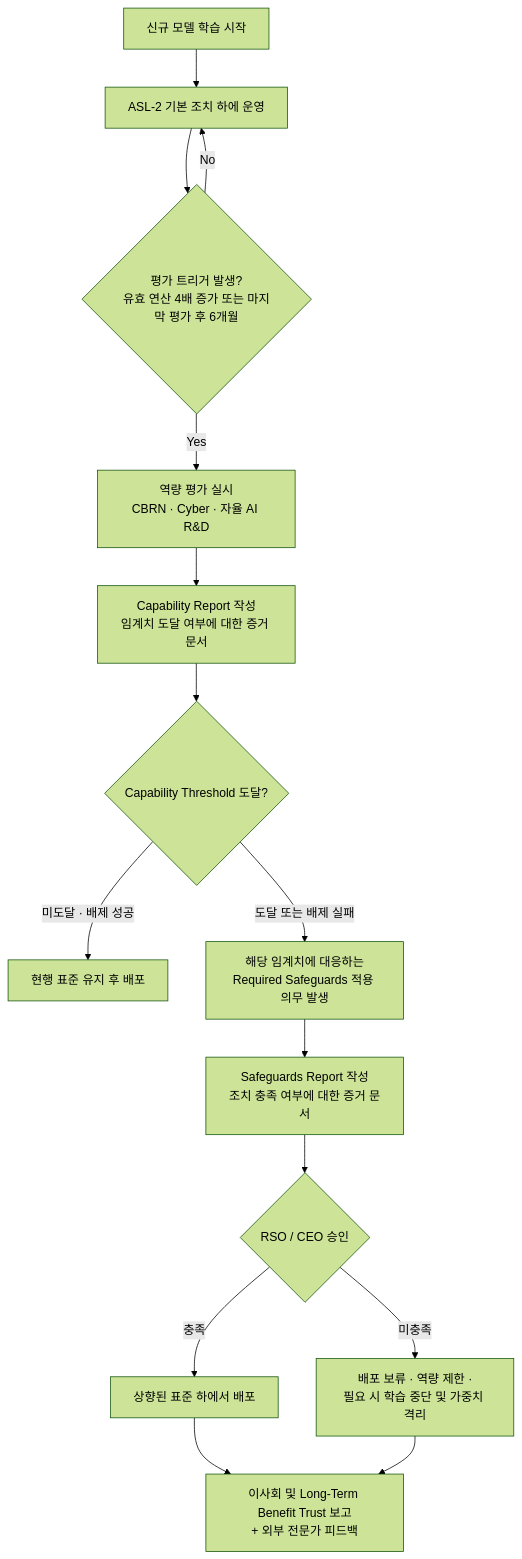
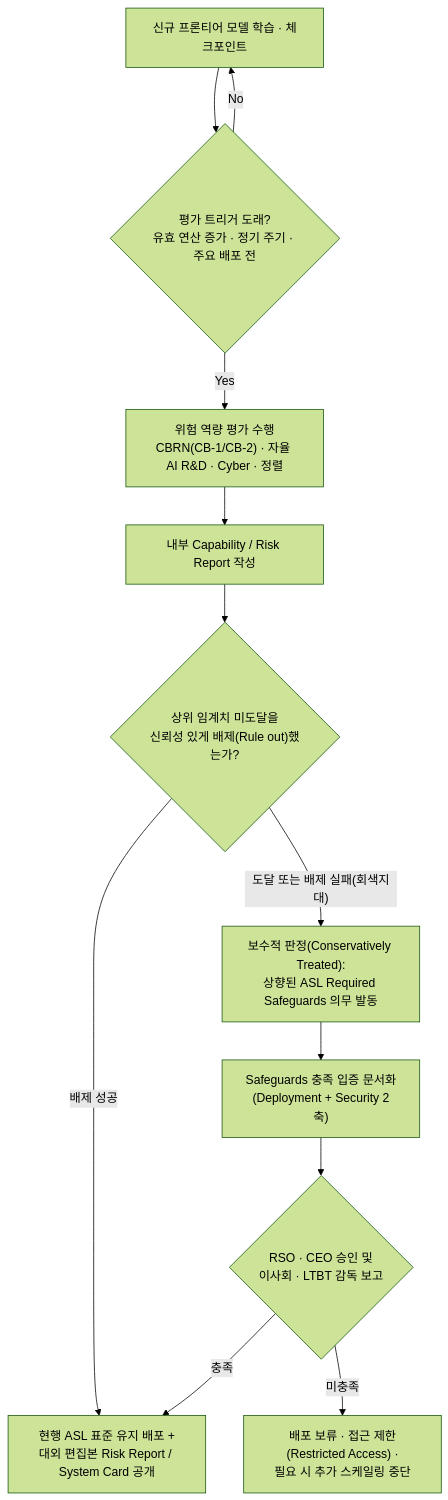
Before and after one commit to likerberi/corpuse: the first of 2 diagrams in reviews/week-02/review_week02.md, drawn with Mermaid (forest theme). The commit also changed other lines of this file and 11 other files, not shown here.

````diff
--- a/reviews/week-02/review_week02.md
+++ b/reviews/week-02/review_week02.md
@@ -46,17 +49,14 @@
 ```mermaid
 flowchart TD
-    A["신규 모델 학습 시작"] --> B["ASL-2 기본 조치 하에 운영"]
-    B --> C{"평가 트리거 발생?<br/>유효 연산 4배 증가 또는 마지막 평가 후 6개월"}
-    C -- No --> B
-    C -- Yes --> D["역량 평가 실시<br/>CBRN · Cyber · 자율 AI R&D"]
-    D --> E["Capability Report 작성<br/>임계치 도달 여부에 대한 증거 문서"]
-    E --> F{"Capability Threshold 도달?"}
-    F -- "미도달 · 배제 성공" --> G["현행 표준 유지 후 배포"]
-    F -- "도달 또는 배제 실패" --> H["해당 임계치에 대응하는<br/>Required Safeguards 적용 의무 발생"]
-    H --> I["Safeguards Report 작성<br/>조치 충족 여부에 대한 증거 문서"]
-    I --> J{"RSO / CEO 승인"}
-    J -- "충족" --> K["상향된 표준 하에서 배포"]
-    J -- "미충족" --> L["배포 보류 · 역량 제한 ·<br/>필요 시 학습 중단 및 가중치 격리"]
-    K --> M["이사회 및 Long-Term Benefit Trust 보고<br/>+ 외부 전문가 피드백"]
-    L --> M
+    A["신규 프론티어 모델 학습 · 체크포인트"] --> B{"평가 트리거 도래?<br/>유효 연산 증가 · 정기 주기 · 주요 배포 전"}
+    B -- No --> A
+    B -- Yes --> C["위험 역량 평가 수행<br/>CBRN(CB-1/CB-2) · 자율 AI R&D · Cyber · 정렬"]
+    C --> D["내부 Capability / Risk Report 작성"]
+    D --> E{"상위 임계치 미도달을<br/>신뢰성 있게 배제(Rule out)했는가?"}
+    E -- "배제 성공" --> F["현행 ASL 표준 유지 배포 +<br/>대외 편집본 Risk Report / System Card 공개"]
+    E -- "도달 또는 배제 실패(회색지대)" --> G["보수적 판정(Conservatively Treated):<br/>상향된 ASL Required Safeguards 의무 발동"]
+    G --> H["Safeguards 충족 입증 문서화<br/>(Deployment + Security 2축)"]
+    H --> I{"RSO · CEO 승인 및<br/>이사회 · LTBT 감독 보고"}
+    I -- "충족" --> F
+    I -- "미충족" --> J["배포 보류 · 접근 제한(Restricted Access) ·<br/>필요 시 추가 스케일링 중단"]
 ```
````
